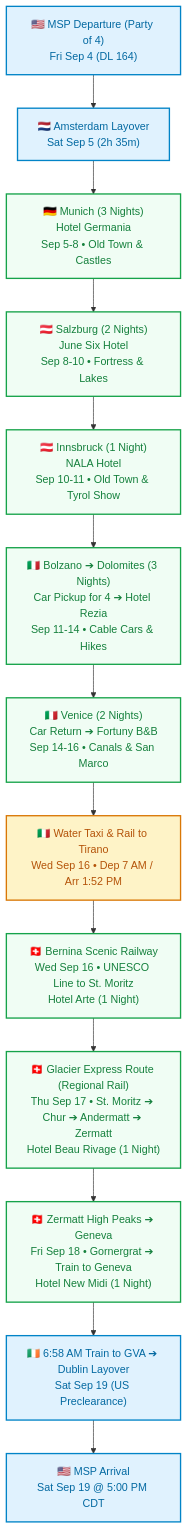
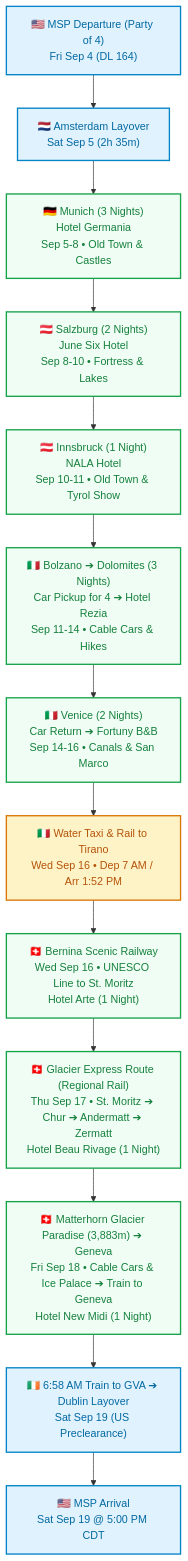
The diagram in Europe_Grand_Alpine_Tour_2026.md (mrkm32/europe-trip-2026), drawn with Mermaid before and after one commit. The commit also changed other lines of this file and 3 other files, not shown here.

Commit message:
Confirm Option B: Matterhorn Glacier Paradise & Glacier Palace on Day 15 (v3.21)

````diff
--- a/Europe_Grand_Alpine_Tour_2026.md
+++ b/Europe_Grand_Alpine_Tour_2026.md
@@ -46,23 +46,23 @@
 ```mermaid
 flowchart TD
     A["🇺🇸 MSP Departure (Party of 4)<br/>Fri Sep 4 (DL 164)"] --> B["🇳🇱 Amsterdam Layover<br/>Sat Sep 5 (2h 35m)"]
     B --> C["🇩🇪 Munich (3 Nights)<br/>Hotel Germania<br/>Sep 5-8 • Old Town & Castles"]
     C --> D["🇦🇹 Salzburg (2 Nights)<br/>June Six Hotel<br/>Sep 8-10 • Fortress & Lakes"]
     D --> E["🇦🇹 Innsbruck (1 Night)<br/>NALA Hotel<br/>Sep 10-11 • Old Town & Tyrol Show"]
     E --> F["🇮🇹 Bolzano ➔ Dolomites (3 Nights)<br/>Car Pickup for 4 ➔ Hotel Rezia<br/>Sep 11-14 • Cable Cars & Hikes"]
     F --> G["🇮🇹 Venice (2 Nights)<br/>Car Return ➔ Fortuny B&B<br/>Sep 14-16 • Canals & San Marco"]
     G --> H["🇮🇹 Water Taxi & Rail to Tirano<br/>Wed Sep 16 • Dep 7 AM / Arr 1:52 PM"]
     H --> I["🇨🇭 Bernina Scenic Railway<br/>Wed Sep 16 • UNESCO Line to St. Moritz<br/>Hotel Arte (1 Night)"]
     I --> J["🇨🇭 Glacier Express Route (Regional Rail)<br/>Thu Sep 17 • St. Moritz ➔ Chur ➔ Andermatt ➔ Zermatt<br/>Hotel Beau Rivage (1 Night)"]
-    J --> K["🇨🇭 Zermatt High Peaks ➔ Geneva<br/>Fri Sep 18 • Gornergrat ➔ Train to Geneva<br/>Hotel New Midi (1 Night)"]
+    J --> K["🇨🇭 Matterhorn Glacier Paradise (3,883m) ➔ Geneva<br/>Fri Sep 18 • Cable Cars & Ice Palace ➔ Train to Geneva<br/>Hotel New Midi (1 Night)"]
     K --> L["🇮🇪 6:58 AM Train to GVA ➔ Dublin Layover<br/>Sat Sep 19 (US Preclearance)"]
     L --> M["🇺🇸 MSP Arrival<br/>Sat Sep 19 @ 5:00 PM CDT"]
 
     classDef flight fill:#e0f2fe,stroke:#0284c7,stroke-width:2px,color:#0369a1;
     classDef stay fill:#f0fdf4,stroke:#16a34a,stroke-width:2px,color:#15803d;
     classDef transit fill:#fef3c7,stroke:#d97706,stroke-width:2px,color:#b45309;
 
     class A,B,L,M flight;
     class C,D,E,F,G,I,J,K stay;
     class H transit;
 ```
````
